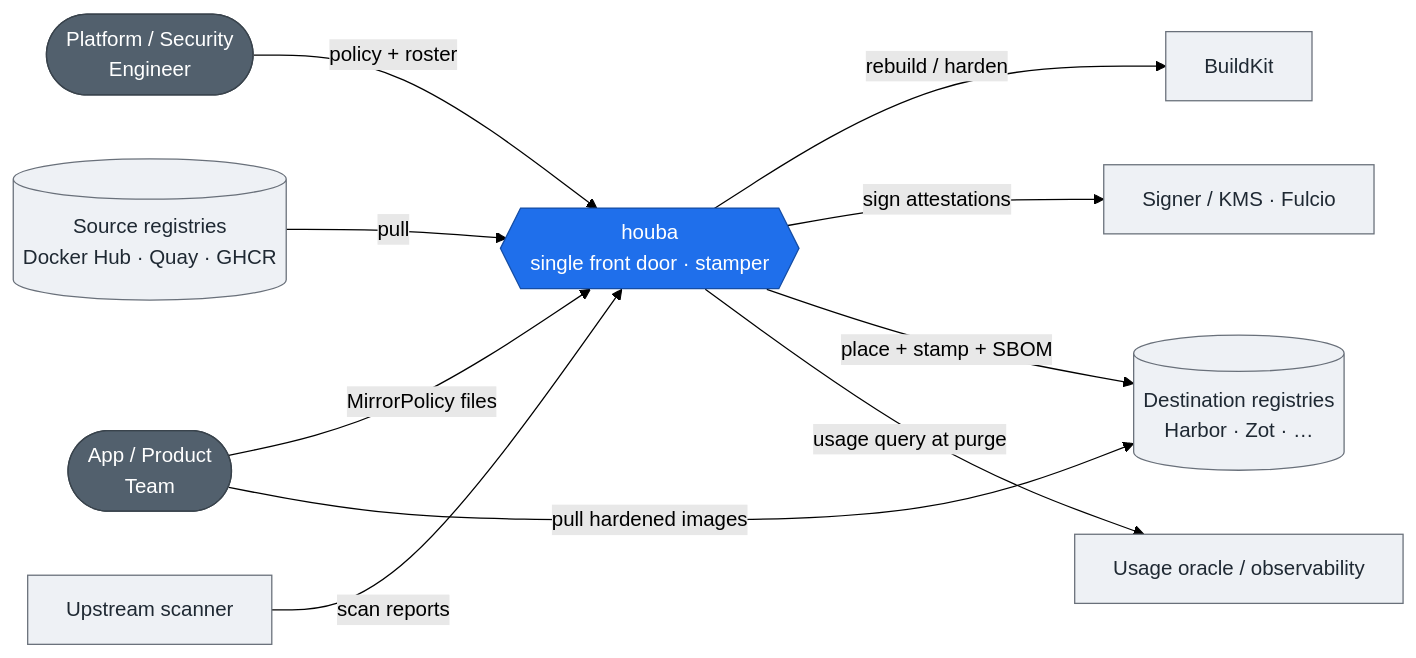
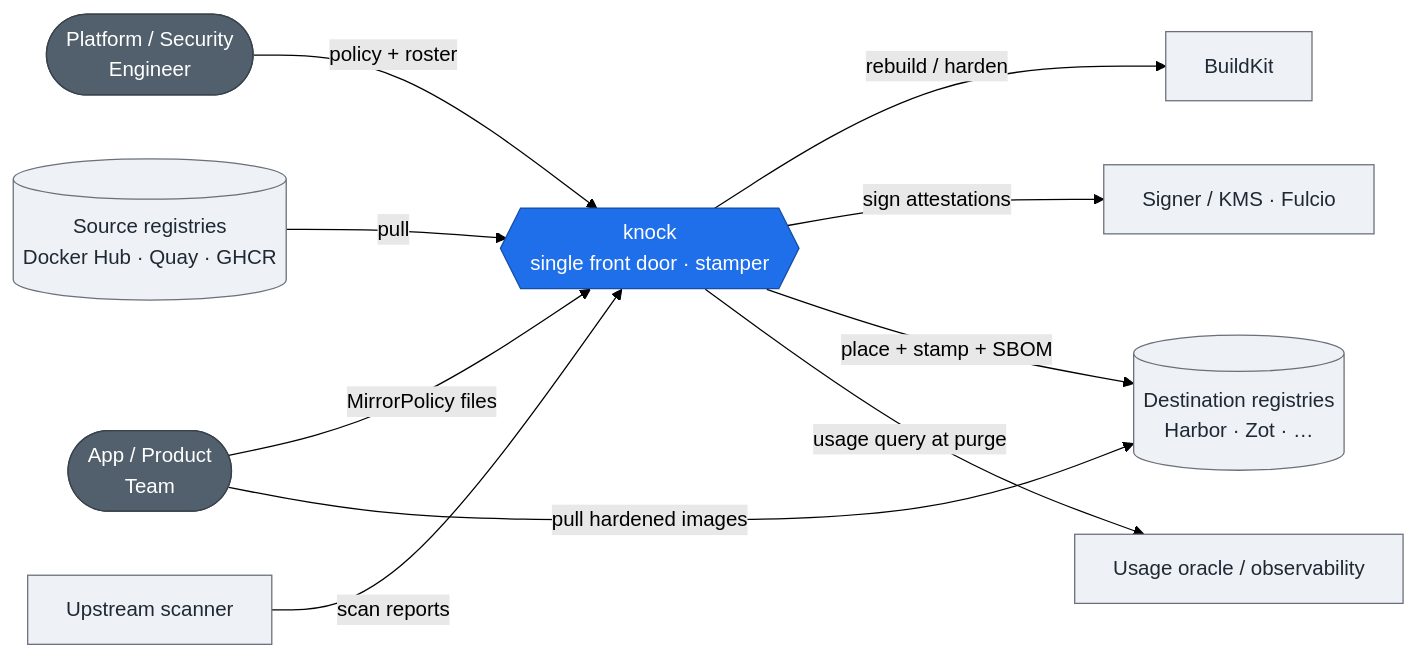
Before and after one commit to trivoallan/knock: the first of 4 diagrams in docs/explanation/architecture.md, drawn with Mermaid (forest theme). The commit also changed other lines of this file and 484 other files, not shown here.

First line of the commit message:
refactor!: rename houba → knock (knock-oci on PyPI; KNOCK_/io.knock contracts) (#193)

````diff
--- a/docs/explanation/architecture.md
+++ b/docs/explanation/architecture.md
@@ -13,26 +13,26 @@
 ```mermaid
 flowchart LR
     eng([Platform / Security<br/>Engineer]):::person
     team([App / Product<br/>Team]):::person
     src[(Source registries<br/>Docker Hub · Quay · GHCR)]:::ext
-    houba{{houba<br/>single front door · stamper}}:::core
+    knock{{knock<br/>single front door · stamper}}:::core
     dst[(Destination registries<br/>Harbor · Zot · …)]:::ext
     bk[BuildKit]:::ext
     signer[Signer / KMS · Fulcio]:::ext
     scanner[Upstream scanner]:::ext
     oracle[Usage oracle / observability]:::ext
 
-    eng -->|policy + roster| houba
-    team -->|MirrorPolicy files| houba
-    src -->|pull| houba
-    houba -->|rebuild / harden| bk
-    houba -->|sign attestations| signer
-    scanner -->|scan reports| houba
-    houba -->|place + stamp + SBOM| dst
+    eng -->|policy + roster| knock
+    team -->|MirrorPolicy files| knock
+    src -->|pull| knock
+    knock -->|rebuild / harden| bk
+    knock -->|sign attestations| signer
+    scanner -->|scan reports| knock
+    knock -->|place + stamp + SBOM| dst
     team -->|pull hardened images| dst
-    houba -->|usage query at purge| oracle
+    knock -->|usage query at purge| oracle
 
     classDef person fill:#52606d,stroke:#39434c,color:#fff;
     classDef core fill:#1f6feb,stroke:#154da4,color:#fff;
     classDef ext fill:#eef1f5,stroke:#69707a,color:#1f2933;
 ```
````
